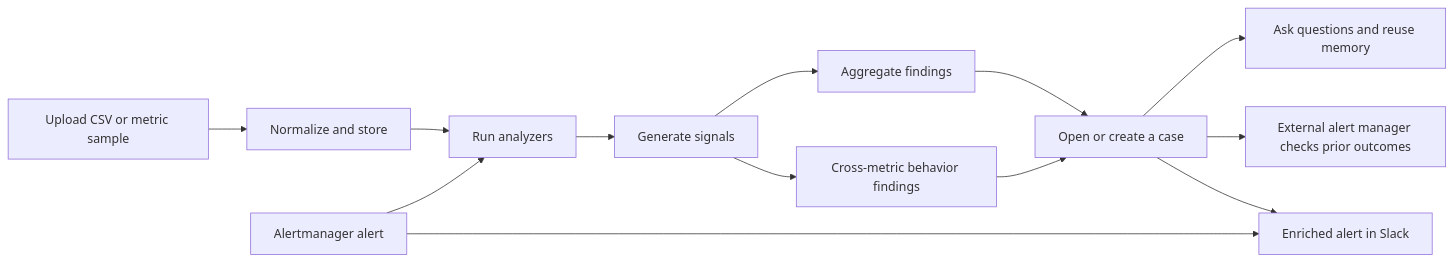
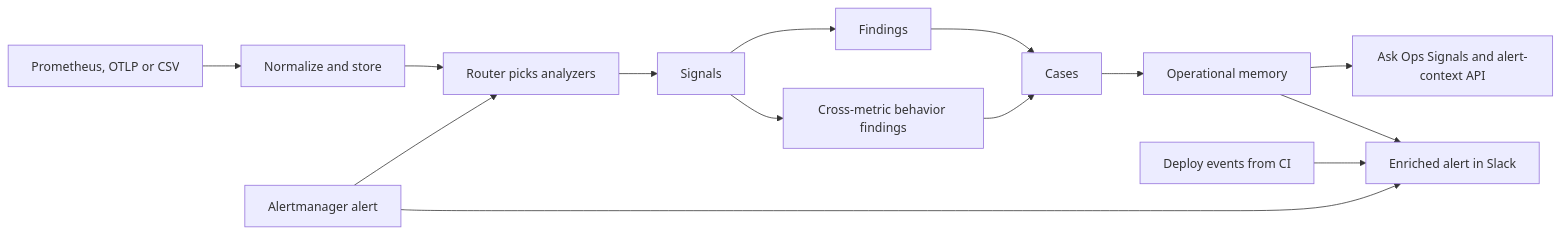
One commit to ramprasadgk9/ops-signals changed the diagram in README.md. Above: the diagram before and after it, drawn with Mermaid. The commit also changed other lines of this file, not shown here.

````diff
--- a/README.md
+++ b/README.md
@@ -137,15 +151,16 @@
 ```mermaid
 flowchart LR
-  A[Upload CSV or metric sample] --> B[Normalize and store]
-  B --> C[Run analyzers]
-  C --> D[Generate signals]
-  D --> E[Aggregate findings]
+  S[Prometheus, OTLP or CSV] --> B[Normalize and store]
+  B --> C[Router picks analyzers]
+  C --> D[Signals]
+  D --> E[Findings]
   D --> E2[Cross-metric behavior findings]
-  E --> F[Open or create a case]
+  E --> F[Cases]
   E2 --> F
-  F --> G[Ask questions and reuse memory]
-  F --> H[External alert manager checks prior outcomes]
+  F --> M[Operational memory]
+  M --> G[Ask Ops Signals and alert-context API]
   I[Alertmanager alert] --> C
-  F --> J[Enriched alert in Slack]
+  CI[Deploy events from CI] --> J
+  M --> J[Enriched alert in Slack]
   I --> J
 ```
````
